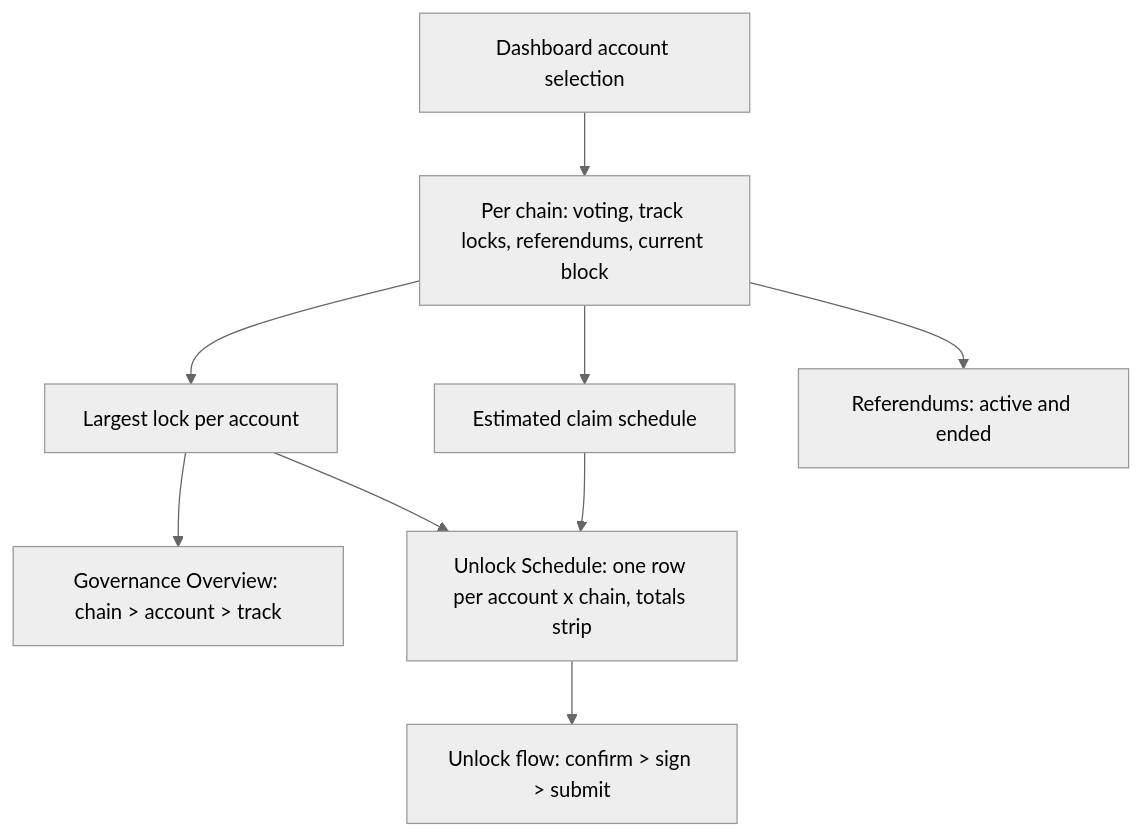
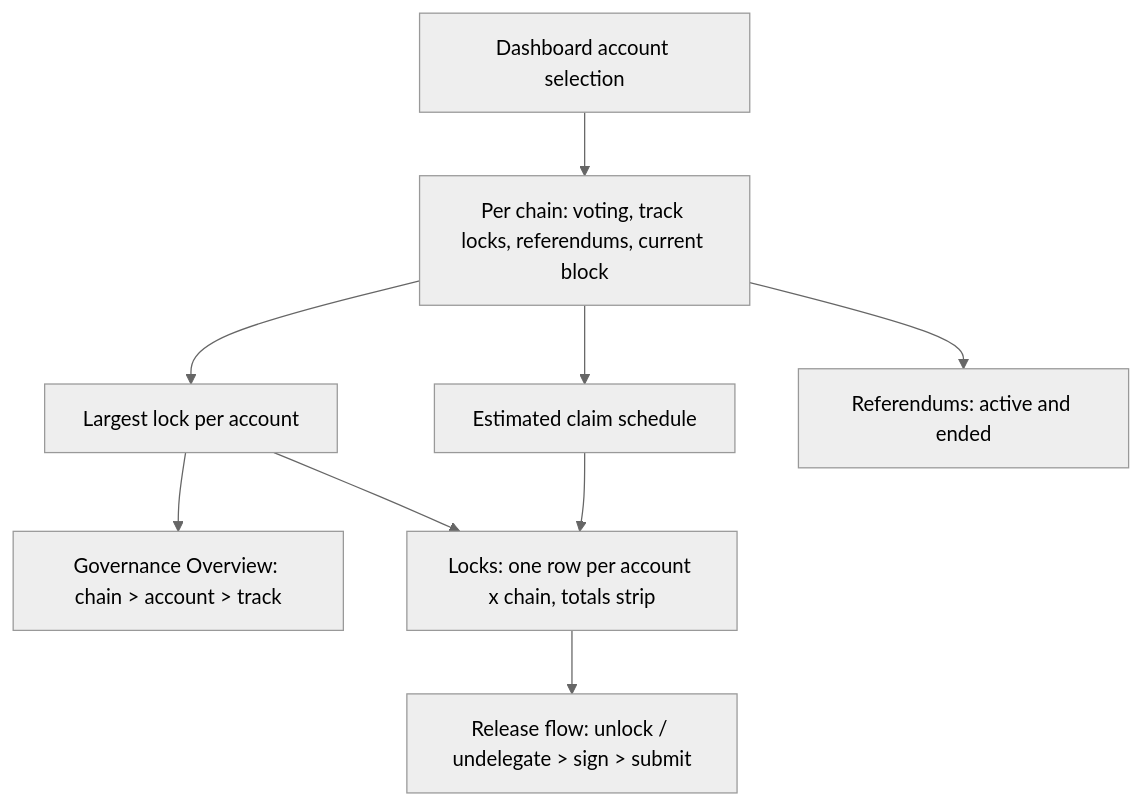
One commit to novasamatech/nova-spektr changed the diagram in src/renderer/features/dashboard-governance/README.md. Above: the diagram before and after it, drawn with Mermaid (neutral theme). The commit also changed other lines of this file and 2 other files, not shown here.

Commit message:
docs(governance): locks widget spec with undelegate

````diff
--- a/src/renderer/features/dashboard-governance/README.md
+++ b/src/renderer/features/dashboard-governance/README.md
@@ -168,11 +181,11 @@
 ```mermaid
 flowchart TD
     SEL["Dashboard account selection"] --> CHAIN["Per chain: voting, track locks, referendums, current block"]
     CHAIN --> LOCK["Largest lock per account"]
     CHAIN --> SCHED["Estimated claim schedule"]
     LOCK --> OVER["Governance Overview: chain > account > track"]
     CHAIN --> REFS["Referendums: active and ended"]
-    LOCK --> ROWS["Unlock Schedule: one row per account x chain, totals strip"]
+    LOCK --> ROWS["Locks: one row per account x chain, totals strip"]
     SCHED --> ROWS
-    ROWS --> FLOW["Unlock flow: confirm > sign > submit"]
+    ROWS --> FLOW["Release flow: unlock / undelegate > sign > submit"]
 ```
````
